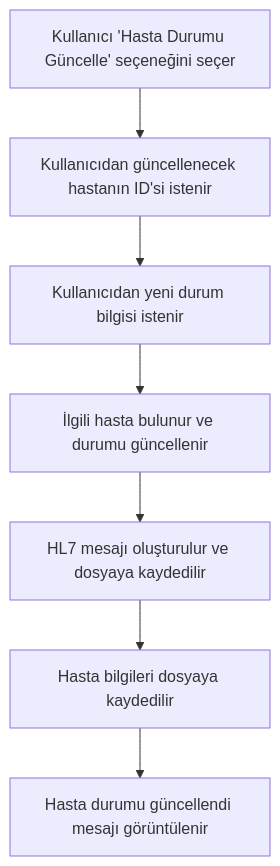
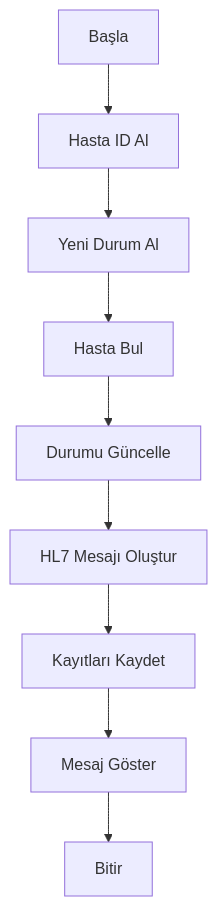
The third of 4 diagrams in PROJE_ANALIZ.md (edaaerol/hastane-acil-servis), drawn with Mermaid before and after one commit. The commit also changed other lines of this file, not shown here.

````diff
--- a/PROJE_ANALIZ.md
+++ b/PROJE_ANALIZ.md
@@ -22,9 +86,11 @@
 ```mermaid
 graph TD;
-    A["Kullanıcı 'Hasta Durumu Güncelle' seçeneğini seçer"] --> B["Kullanıcıdan güncellenecek hastanın ID'si istenir"];
-    B --> C["Kullanıcıdan yeni durum bilgisi istenir"];
-    C --> D["İlgili hasta bulunur ve durumu güncellenir"];
-    D --> E["HL7 mesajı oluşturulur ve dosyaya kaydedilir"];
-    E --> F["Hasta bilgileri dosyaya kaydedilir"];
-    F --> G["Hasta durumu güncellendi mesajı görüntülenir"];
+    A[Başla] --> B[Hasta ID Al]
+    B --> C[Yeni Durum Al]
+    C --> D[Hasta Bul]
+    D --> E[Durumu Güncelle]
+    E --> F[HL7 Mesajı Oluştur]
+    F --> G[Kayıtları Kaydet]
+    G --> H[Mesaj Göster]
+    H --> I[Bitir]
 ```
````
